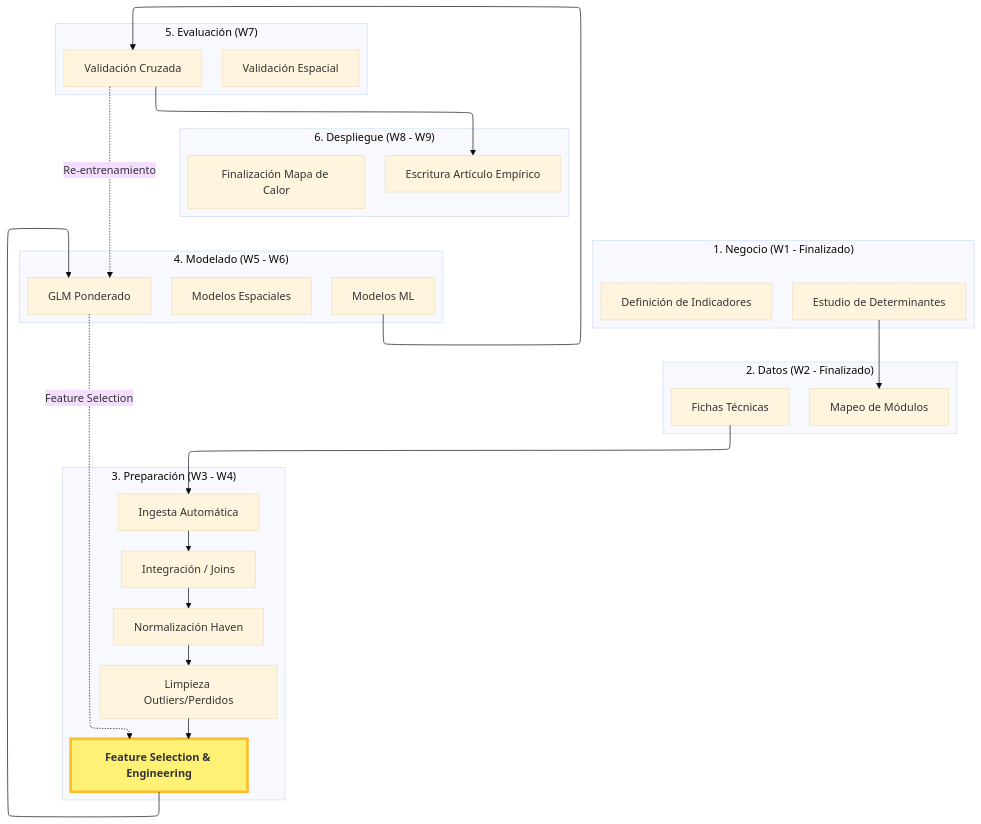
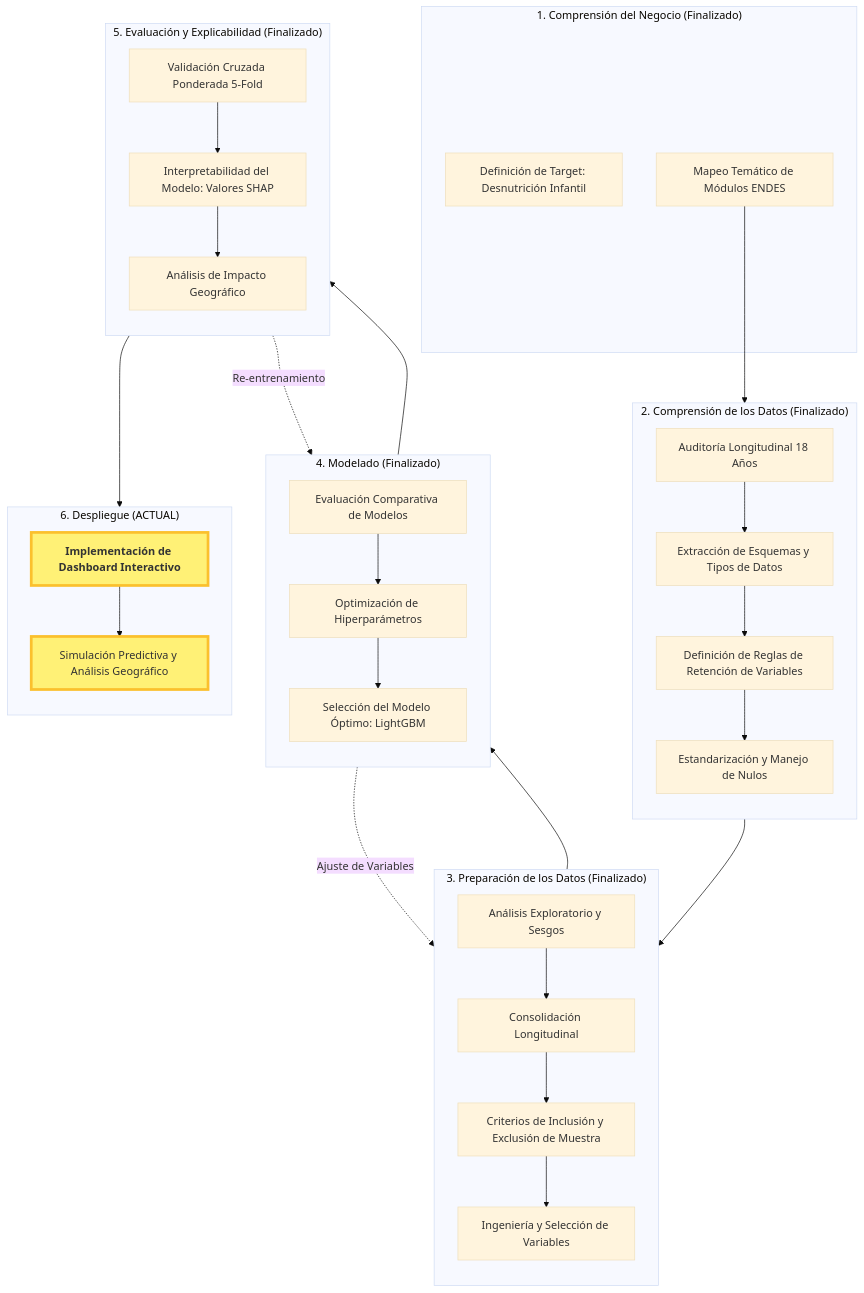
One commit to abelguevara-upeu/malnutrition-research changed the diagram in references/fases-simple.mmd. Above: the diagram before and after it, drawn with Mermaid (base theme).

Commit message:
docs: update research project phases diagram to align with CRISP-DM methodology

```diff
--- a/references/fases-simple.mmd
+++ b/references/fases-simple.mmd
@@ -1,60 +1,76 @@
----
-config:
-  layout: elk
----
+%% ---
+%% config:
+%%   layout: elk
+%% ---
 graph TD
-    %% Fase 1 (Semana 1)
-    subgraph "1. Negocio (W1 - Finalizado)"
-        A1[Definición de Indicadores]
-        A2[Estudio de Determinantes]
+    %% Fase 1 (CRISP-DM: Business Understanding)
+    subgraph "1. Comprensión del Negocio (Finalizado)"
+        A1[Definición de Target: Desnutrición Infantil]
+        A2[Mapeo Temático de Módulos ENDES]
     end
 
-    %% Fase 2 (Semana 2)
-    subgraph "2. Datos (W2 - Finalizado)"
-        B1[Mapeo de Módulos]
-        B2[Fichas Técnicas]
+    %% Fase 2 (CRISP-DM: Data Understanding)
+    subgraph "2. Comprensión de los Datos (Finalizado)"
+        direction TB
+        B1[Auditoría Longitudinal 18 Años]
+        B2[Extracción de Esquemas y Tipos de Datos]
+        B3[Definición de Reglas de Retención de Variables]
+        B4[Estandarización y Manejo de Nulos]
+        
+        B1 --> B2 --> B3 --> B4
     end
 
-    %% Fase 3 (Semana 3-4: ACTUAL)
-    subgraph "3. Preparación (W3 - W4)"
+    %% Fase 3 (CRISP-DM: Data Preparation)
+    subgraph "3. Preparación de los Datos (Finalizado)"
         direction TB
-        C0[Ingesta Automática]
-        C1[Integración / Joins]
-        C2[Normalización Haven]
-        C3[Limpieza Outliers/Perdidos]
-        C4[<b>Feature Selection & Engineering</b>]
+        C1[Análisis Exploratorio y Sesgos]
+        C2[Consolidación Longitudinal]
+        C3[Criterios de Inclusión y Exclusión de Muestra]
+        C4[Ingeniería y Selección de Variables]
         
-        C0 --> C1 --> C2 --> C3 --> C4
+        C1 --> C2 --> C3 --> C4
     end
 
-    %% Fase 4 (Semana 5-6)
-    subgraph "4. Modelado (W5 - W6)"
-        D1[GLM Ponderado]
-        D2[Modelos Espaciales]
-        D3[Modelos ML]
+    %% Fase 4 (CRISP-DM: Modeling)
+    subgraph "4. Modelado (Finalizado)"
+        direction TB
+        D1[Evaluación Comparativa de Modelos]
+        D2[Optimización de Hiperparámetros]
+        D3[Selección del Modelo Óptimo: LightGBM]
+        
+        D1 --> D2 --> D3
     end
 
-    %% Fase 5 (Semana 7)
-    subgraph "5. Evaluación (W7)"
-        E1[Validación Cruzada]
-        E2[Validación Espacial]
+    %% Fase 5 (CRISP-DM: Evaluation)
+    subgraph "5. Evaluación y Explicabilidad (Finalizado)"
+        direction TB
+        E1[Validación Cruzada Ponderada 5-Fold]
+        E2[Interpretabilidad del Modelo: Valores SHAP]
+        E3[Análisis de Impacto Geográfico]
+        
+        E1 --> E2 --> E3
     end
 
-    %% Fase 6 (Semana 8-9)
-    subgraph "6. Despliegue (W8 - W9)"
-        F1[Escritura Artículo Empírico]
-        F2[Finalización Mapa de Calor]
+    %% Fase 6 (CRISP-DM: Deployment)
+    subgraph "6. Despliegue (ACTUAL)"
+        direction TB
+        F1[<b>Implementación de Dashboard Interactivo</b>]
+        F2[Simulación Predictiva y Análisis Geográfico]
+        
+        F1 --> F2
     end
 
-    %% --- CONEXIONES ---
+    %% --- CONEXIONES GLOBALES ---
     A2 --> B1
-    B2 --> C0
+    B4 --> C1
     C4 --> D1
     D3 --> E1
-    E1 --> F1
+    E3 --> F1
 
-    %% LOOPS (Tus iteraciones actuales)
-    D1 -. "Feature Selection" .-> C4
+    %% --- LOOPS E ITERACIONES CRISP-DM ---
+    D1 -. "Ajuste de Variables" .-> C4
     E1 -. "Re-entrenamiento" .-> D1
 
-    style C4 fill:#fff176,stroke:#fbc02d,stroke-width:4px
+    %% ESTILOS (El foco de trabajo actual)
+    style F1 fill:#fff176,stroke:#fbc02d,stroke-width:4px
+    style F2 fill:#fff176,stroke:#fbc02d,stroke-width:4px
```
